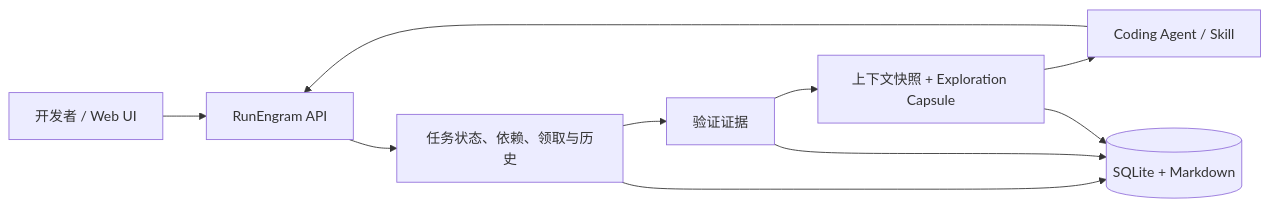
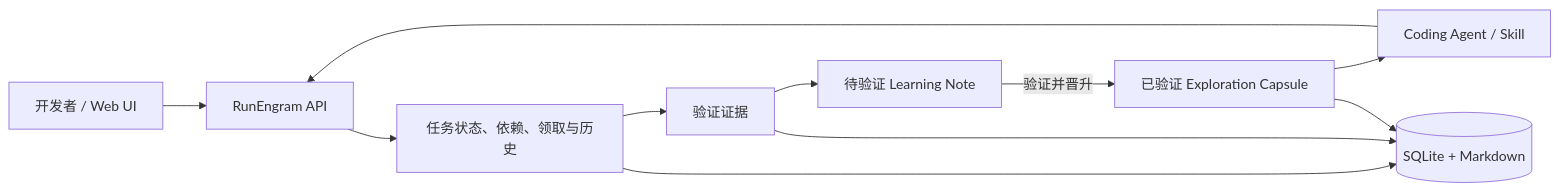
Before and after one commit to MoonTseng/RunEngram: the diagram in README.zh-CN.md, drawn with Mermaid. The commit also changed other lines of this file and 3 other files, not shown here.

````diff
--- a/README.zh-CN.md
+++ b/README.zh-CN.md
@@ -179,20 +197,22 @@
 ```mermaid
 flowchart LR
     Human["开发者 / Web UI"]
     Agent["Coding Agent / Skill"]
     API["RunEngram API"]
     Task["任务状态、依赖、领取与历史"]
     Evidence["验证证据"]
-    Learning["上下文快照 + Exploration Capsule"]
+    Candidate["待验证 Learning Note"]
+    Learning["已验证 Exploration Capsule"]
     Store[("SQLite + Markdown")]
 
     Human --> API
     Agent --> API
     API --> Task
     Task --> Evidence
-    Evidence --> Learning
+    Evidence --> Candidate
+    Candidate -->|"验证并晋升"| Learning
     Learning --> Agent
     Task --> Store
     Evidence --> Store
     Learning --> Store
 ```
````
